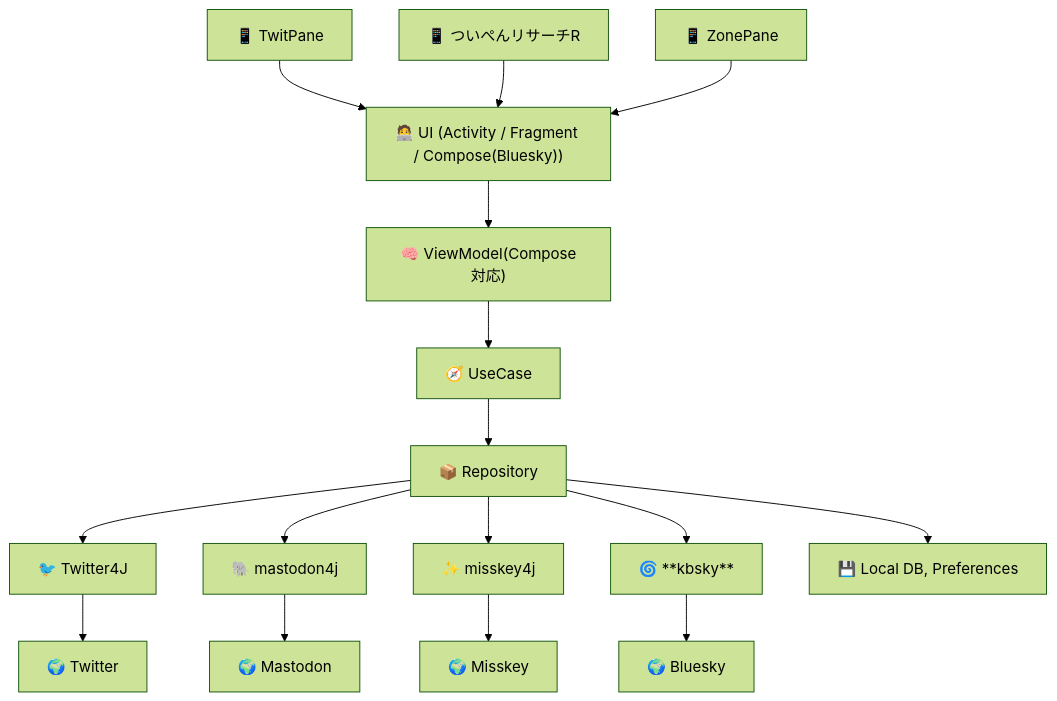
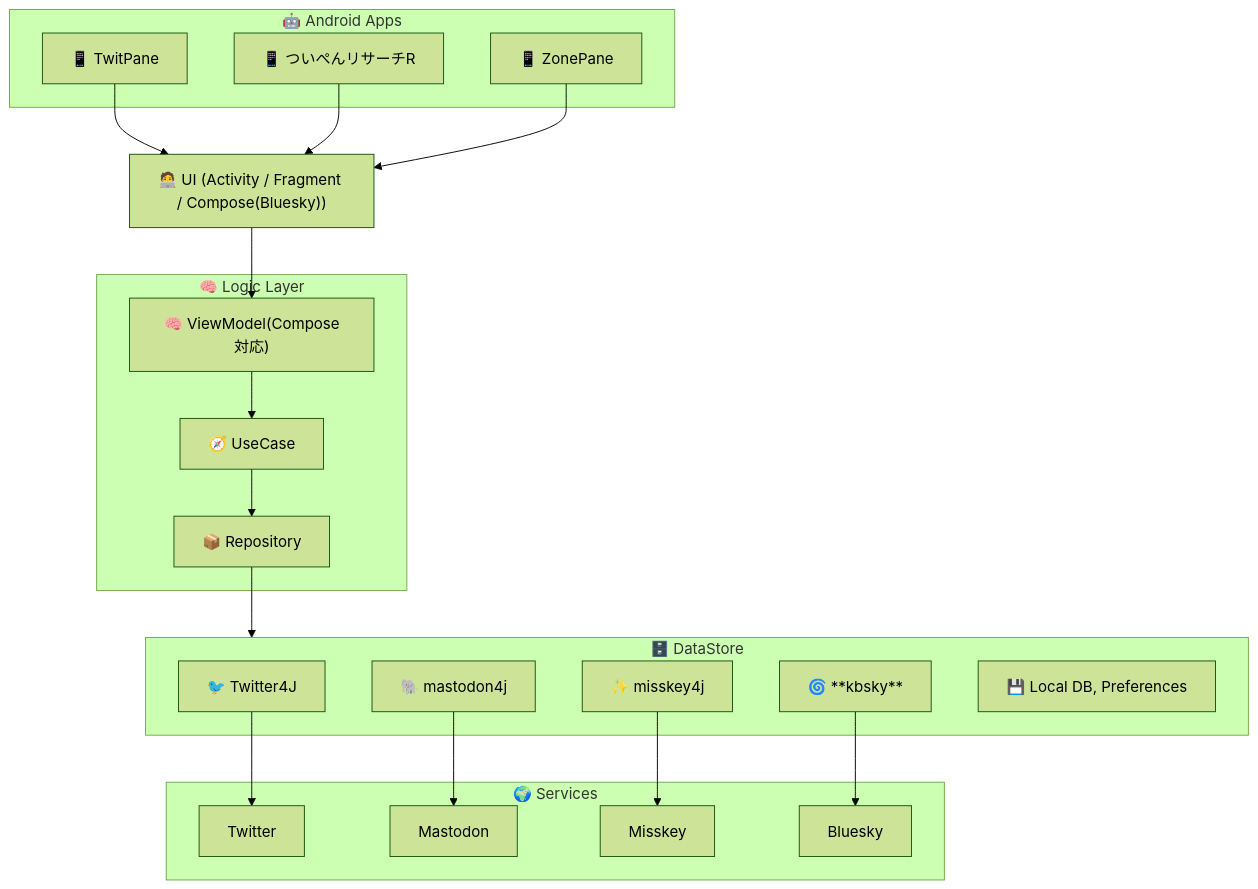
One commit to takke/mermaid_exam changed the fourth of 7 diagrams in twitpane.md. Above: the diagram before and after it, drawn with Mermaid (forest theme). The commit also changed other lines of this file, not shown here.

````diff
--- a/twitpane.md
+++ b/twitpane.md
@@ -202,34 +231,53 @@
 ```mermaid
 flowchart TD
-  TP["📱 TwitPane"]
-  TPR["📱 ついぺんリサーチR"]
-  ZP["📱 ZonePane"]
+  %% Android Apps subgraph
+  subgraph AAP["🤖 Android Apps"]
+    TP["📱 TwitPane"]
+    TPR["📱 ついぺんリサーチR"]
+    ZP["📱 ZonePane"]
+  end
 
+  %% UI Layer
   UI["🧑‍💻 UI (Activity / Fragment / Compose(Bluesky))"]
-  VM["🧠 ViewModel(Compose対応)"]
-  UC["🧭 UseCase"]
-  RP["📦 Repository"]
 
-  TW["🐦 Twitter4J"]
-  MA["🐘 mastodon4j"]
-  MI["✨ misskey4j"]
-  KB["🌀 **kbsky**"]
-  DB["💾 Local DB, Preferences"]
+  %% Logic Layer subgraph
+  subgraph LG["🧠 Logic Layer"]
+    VM["🧠 ViewModel(Compose対応)"]
+    UC["🧭 UseCase"]
+    RP["📦 Repository"]
+  end
 
-  S_TW["🌍 Twitter"]
-  S_MA["🌍 Mastodon"]
-  S_MI["🌍 Misskey"]
-  S_KB["🌍 Bluesky"]
+  %% DataSource subgraph
+  subgraph DS["🗄️ DataStore"]
+    TW["🐦 Twitter4J"]
+    MA["🐘 mastodon4j"]
+    MI["✨ misskey4j"]
+    KB["🌀 **kbsky**"]
+    DB["💾 Local DB, Preferences"]
+  end
 
+  %% Service subgraph
+  subgraph SV["🌍 Services"]
+    S_TW["Twitter"]
+    S_MA["Mastodon"]
+    S_MI["Misskey"]
+    S_KB["Bluesky"]
+  end
+
+  %% App connections
   TP --> UI
   TPR --> UI
   ZP --> UI
 
+  %% UI to Logic
   UI --> VM --> UC --> RP
 
-  RP --> TW --> S_TW
-  RP --> MA --> S_MA
-  RP --> MI --> S_MI
-  RP --> KB --> S_KB
-  RP --> DB
+  %% Repository to DataSources
+  RP --> DS
+
+  %% DataStore to Services
+  TW --> S_TW
+  MA --> S_MA
+  MI --> S_MI
+  KB --> S_KB
 ```
````
